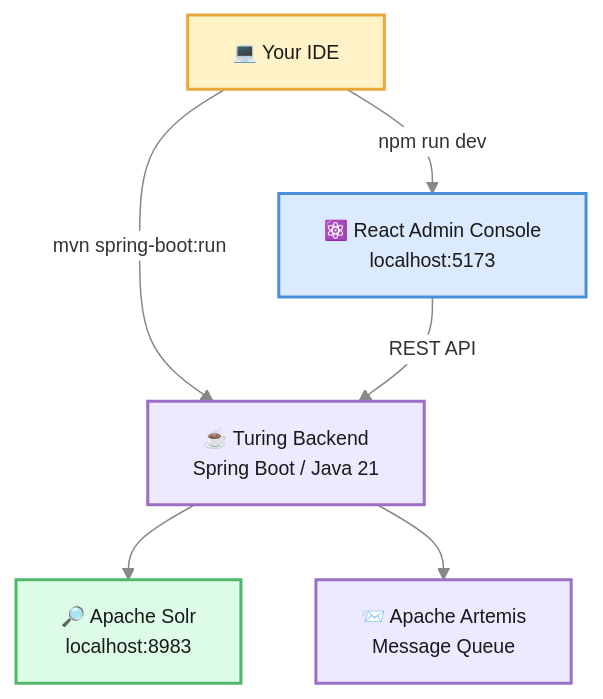
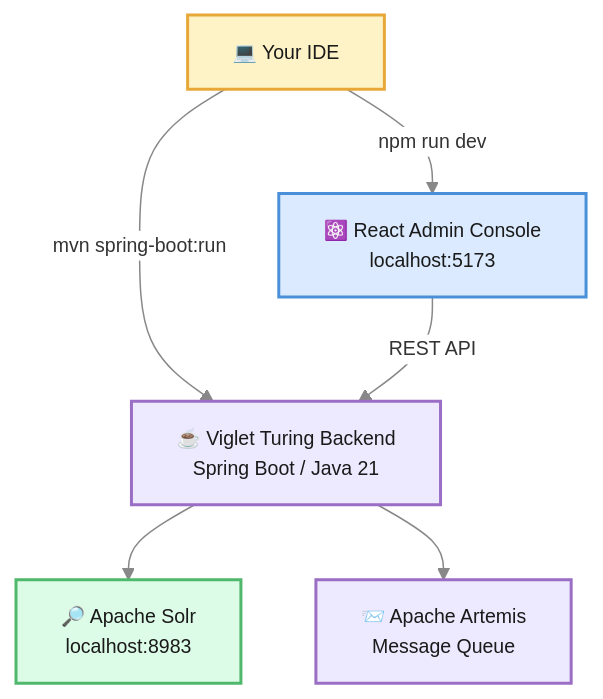
The first of 2 diagrams in frontend/apps/docs/src/content/docs/developer-guide.md (openviglet/turing), drawn with Mermaid before and after one commit. The commit also changed other lines of this file and 69 other files, not shown here.

````diff
--- a/frontend/apps/docs/src/content/docs/developer-guide.md
+++ b/frontend/apps/docs/src/content/docs/developer-guide.md
@@ -26,19 +26,19 @@
 ```mermaid
 %%{init: {'theme': 'base', 'themeVariables': {'fontSize': '13px', 'primaryColor': '#fff', 'primaryBorderColor': '#c0c0c0', 'lineColor': '#888', 'textColor': '#333'}}}%%
 graph TD
-    A["💻 Your IDE"] -->|"mvn spring-boot:run"| B["☕ Turing Backend\nSpring Boot / Java 21"]
+    A["💻 Your IDE"] -->|"mvn spring-boot:run"| B["☕ Viglet Turing Backend\nSpring Boot / Java 21"]
     A -->|"npm run dev"| C["⚛️ React Admin Console\nlocalhost:5173"]
     B --> D["🔎 Apache Solr\nlocalhost:8983"]
     B --> E["📨 Apache Artemis\nMessage Queue"]
     C -->|"REST API"| B
 
     classDef blue fill:#dbeafe,stroke:#4A90D9,stroke-width:2px,color:#1a1a1a
     classDef green fill:#dcfce7,stroke:#50B86C,stroke-width:2px,color:#1a1a1a
     classDef purple fill:#ede9fe,stroke:#9B6EC5,stroke-width:2px,color:#1a1a1a
     classDef amber fill:#fef3c7,stroke:#E8A838,stroke-width:2px,color:#1a1a1a
 
     class A amber
     class B,E purple
     class C blue
     class D green
 ```
````
